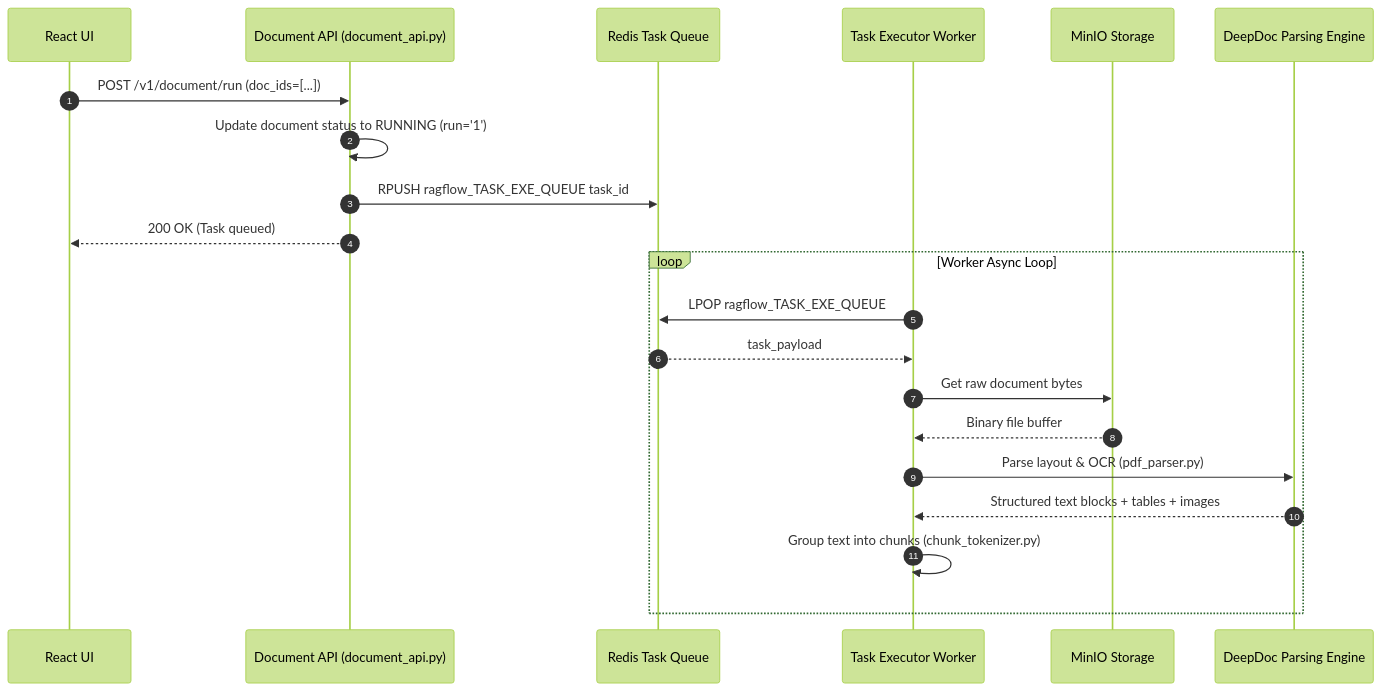
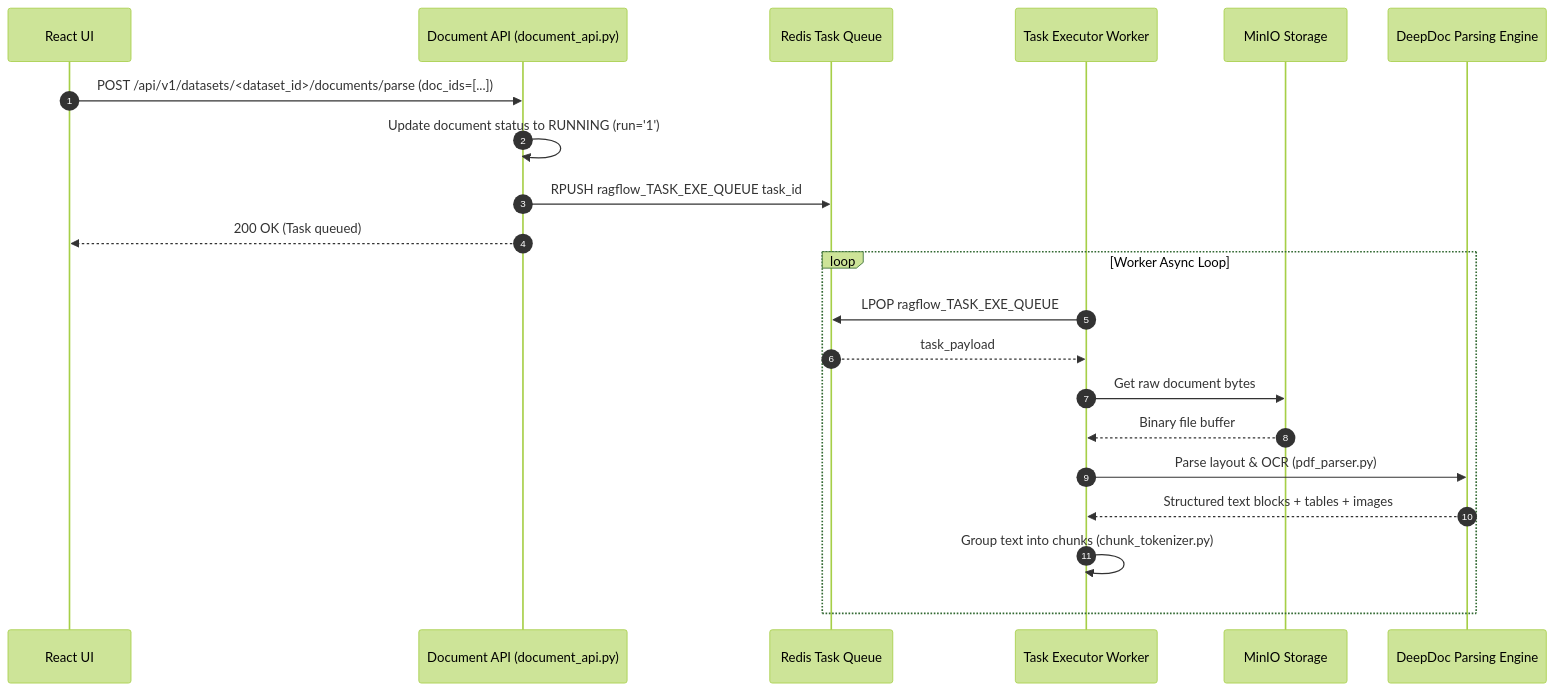
One commit to 6sLOGAN78/devRAG changed the diagram in ragflow-docs/21-end-to-end-flows/document-processing.md. Above: the diagram before and after it, drawn with Mermaid (forest theme). The commit also changed other lines of this file and 35 other files, not shown here.

````diff
--- a/ragflow-docs/21-end-to-end-flows/document-processing.md
+++ b/ragflow-docs/21-end-to-end-flows/document-processing.md
@@ -56,25 +56,25 @@
 ```mermaid
 sequenceDiagram
     autonumber
     participant UI as React UI
     participant API as Document API (document_api.py)
     participant Redis as Redis Task Queue
     participant Worker as Task Executor Worker
     participant MinIO as MinIO Storage
     participant DeepDoc as DeepDoc Parsing Engine
 
-    UI->>API: POST /v1/document/run (doc_ids=[...])
+    UI->>API: POST /api/v1/datasets/<dataset_id>/documents/parse (doc_ids=[...])
     API->>API: Update document status to RUNNING (run='1')
     API->>Redis: RPUSH ragflow_TASK_EXE_QUEUE task_id
     API-->>UI: 200 OK (Task queued)
     
     loop Worker Async Loop
         Worker->>Redis: LPOP ragflow_TASK_EXE_QUEUE
         Redis-->>Worker: task_payload
         Worker->>MinIO: Get raw document bytes
         MinIO-->>Worker: Binary file buffer
         Worker->>DeepDoc: Parse layout & OCR (pdf_parser.py)
         DeepDoc-->>Worker: Structured text blocks + tables + images
         Worker->>Worker: Group text into chunks (chunk_tokenizer.py)
     end
 ```
````
